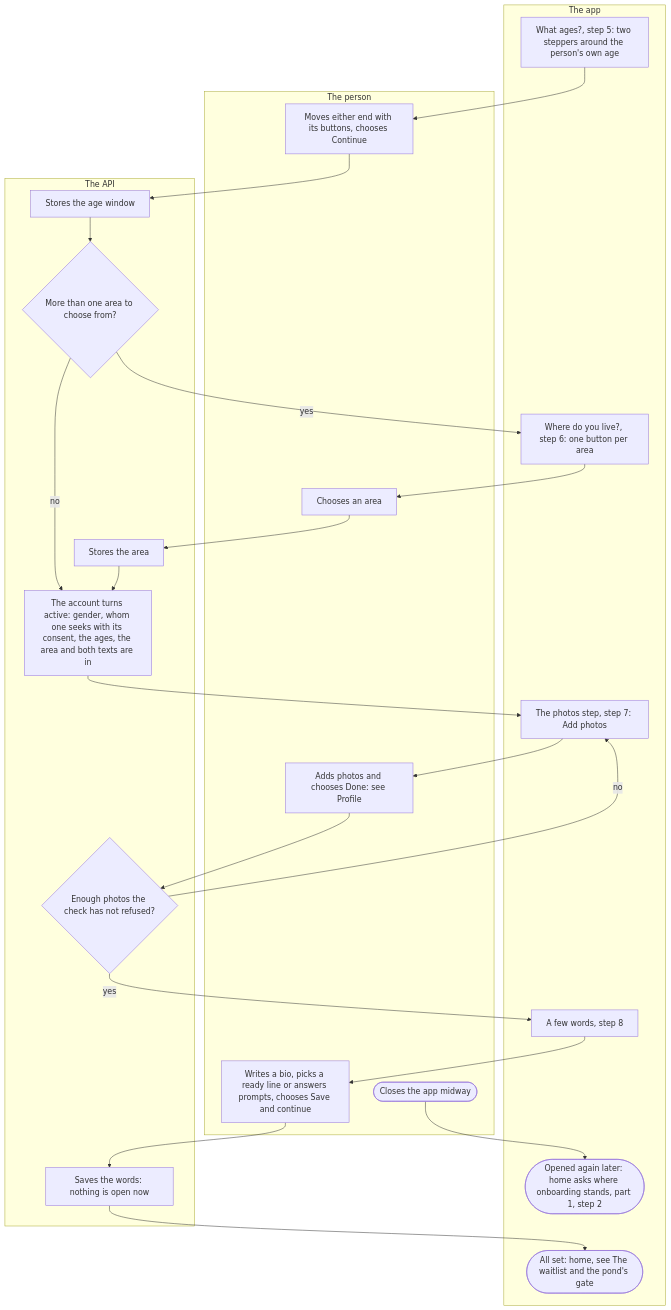
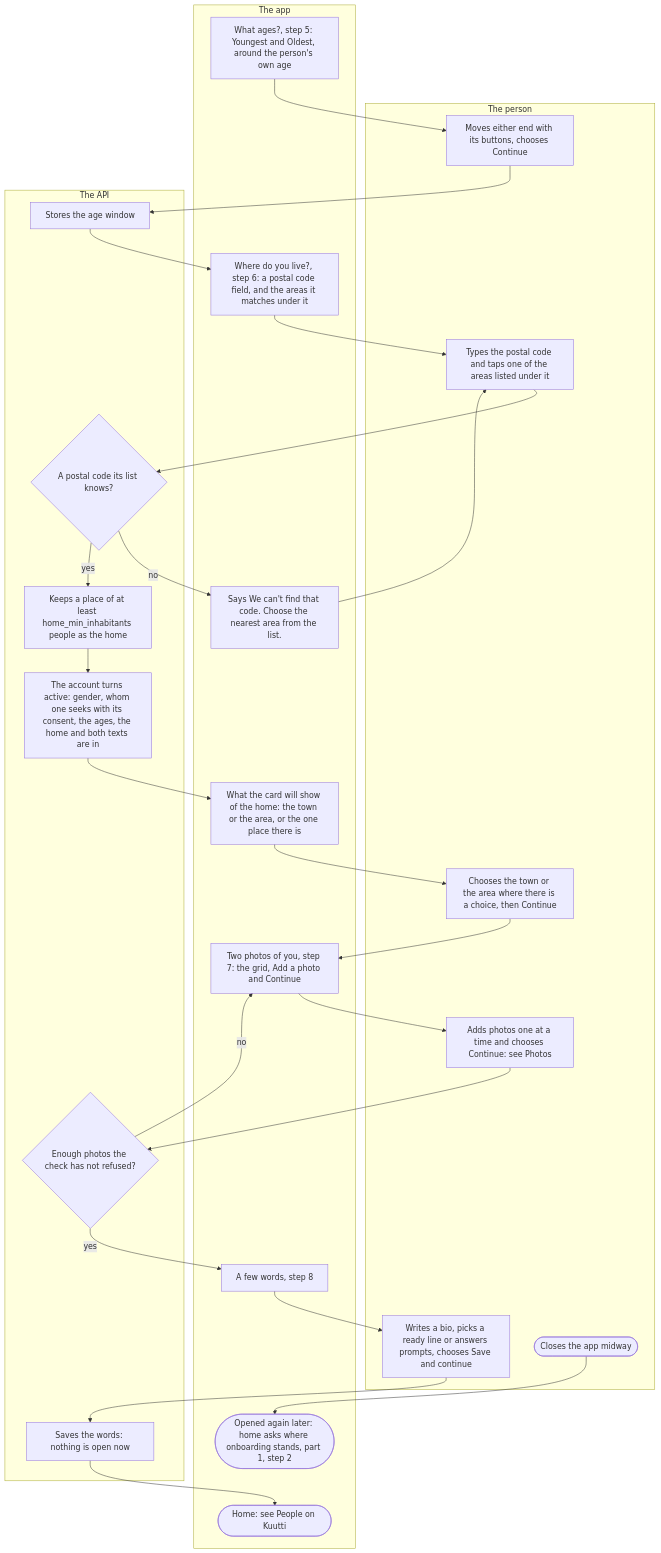
Before and after one commit to kuutti-ry/kuutti-app: the third of 3 diagrams in docs/flows/onboarding.md, drawn with Mermaid. The commit also changed other lines of this file and 41 other files, not shown here.

First line of the commit message:
Redraw the user flows against today's main, held by check:docs

````diff
--- a/docs/flows/onboarding.md
+++ b/docs/flows/onboarding.md
@@ -155,45 +178,51 @@
 ```mermaid
 flowchart TB
-  accTitle: Onboarding, part 3: the ages, the area, photos and a few words
-  accDescr: Steps 5 to 8. The person sets the age window with buttons, chooses an area where there is more than one, adds photos on the photos screen and writes a few words. The account turns active once the six answers are in. Onboarding ends at home when nothing is open. A person who leaves midway comes back where they stopped.
+  accTitle: Onboarding, part 3: the ages, the home, photos and a few words
+  accDescr: Steps 5 to 8. The person sets the age window with buttons, types their home postal code and taps its area, chooses what their card shows of the home, adds photos on the step itself and writes a few words. The account turns active once the home is in. Onboarding ends at home when nothing is open. A person who leaves midway comes back where they stopped.
   subgraph person["The person"]
     s39["Moves either end with its buttons, chooses Continue"]
-    s43["Chooses an area"]
-    s47["Adds photos and chooses Done: see Profile"]
-    s50["Writes a bio, picks a ready line or answers prompts, chooses Save and continue"]
-    s53(["Closes the app midway"])
+    s42["Types the postal code and taps one of the areas listed under it"]
+    s48["Chooses the town or the area where there is a choice, then Continue"]
+    s50["Adds photos one at a time and chooses Continue: see Photos"]
+    s53["Writes a bio, picks a ready line or answers prompts, chooses Save and continue"]
+    s56(["Closes the app midway"])
   end
   subgraph app["The app"]
-    s38["What ages?, step 5: two steppers around the person's own age"]
-    s42["Where do you live?, step 6: one button per area"]
-    s46["The photos step, step 7: Add photos"]
-    s49["A few words, step 8"]
-    s52(["All set: home, see The waitlist and the pond's gate"])
-    s54(["Opened again later: home asks where onboarding stands, part 1, step 2"])
+    s38["What ages?, step 5: Youngest and Oldest, around the person's own age"]
+    s41["Where do you live?, step 6: a postal code field, and the areas it matches under it"]
+    s44["Says We can't find that code. Choose the nearest area from the list."]
+    s47["What the card will show of the home: the town or the area, or the one place there is"]
+    s49["Two photos of you, step 7: the grid, Add a photo and Continue"]
+    s52["A few words, step 8"]
+    s55(["Home: see People on Kuutti"])
+    s57(["Opened again later: home asks where onboarding stands, part 1, step 2"])
   end
   subgraph api["The API"]
     s40["Stores the age window"]
-    s41{"More than one area to choose from?"}
-    s44["Stores the area"]
-    s45["The account turns active: gender, whom one seeks with its consent, the ages, the area and both texts are in"]
-    s48{"Enough photos the check has not refused?"}
-    s51["Saves the words: nothing is open now"]
+    s43{"A postal code its list knows?"}
+    s45["Keeps a place of at least home_min_inhabitants people as the home"]
+    s46["The account turns active: gender, whom one seeks with its consent, the ages, the home and both texts are in"]
+    s51{"Enough photos the check has not refused?"}
+    s54["Saves the words: nothing is open now"]
   end
   s38 --> s39
   s39 --> s40
   s40 --> s41
-  s41 -->|"yes"| s42
-  s41 -->|"no"| s45
+  s41 --> s42
   s42 --> s43
-  s43 --> s44
-  s44 --> s45
+  s43 -->|"no"| s44
+  s44 --> s42
+  s43 -->|"yes"| s45
   s45 --> s46
   s46 --> s47
   s47 --> s48
-  s48 -->|"yes"| s49
-  s48 -->|"no"| s46
+  s48 --> s49
   s49 --> s50
   s50 --> s51
-  s51 --> s52
+  s51 -->|"no"| s49
+  s51 -->|"yes"| s52
+  s52 --> s53
   s53 --> s54
+  s54 --> s55
+  s56 --> s57
 ```
````
